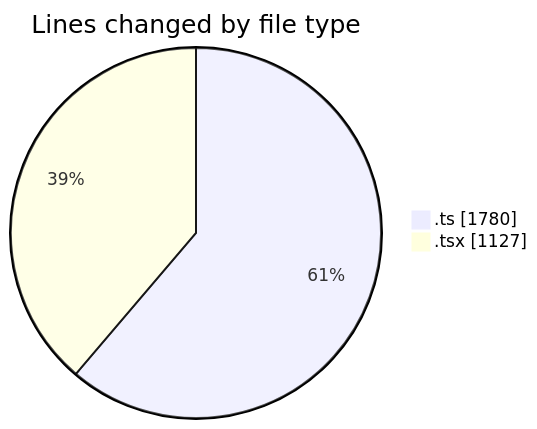
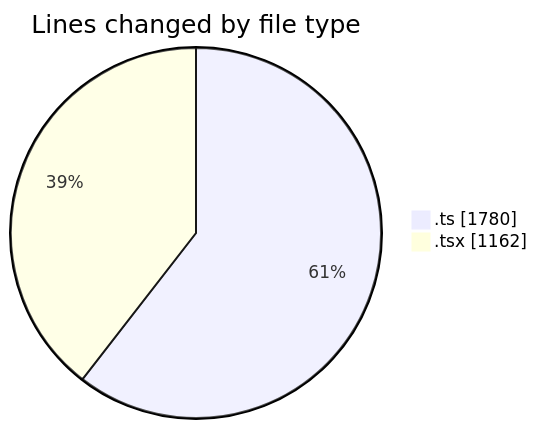
The first of 2 diagrams in 2025-06-22/archive/README.md (JenPaints/code-tracking), drawn with Mermaid before and after one commit. The commit also changed other lines of this file and 1 other file, not shown here.

````diff
--- a/2025-06-22/archive/README.md
+++ b/2025-06-22/archive/README.md
@@ -26,6 +26,6 @@
 ```mermaid
 pie showData
 title Lines changed by file type
 ".ts" : 1780
-".tsx" : 1127
+".tsx" : 1162
 ```
````
